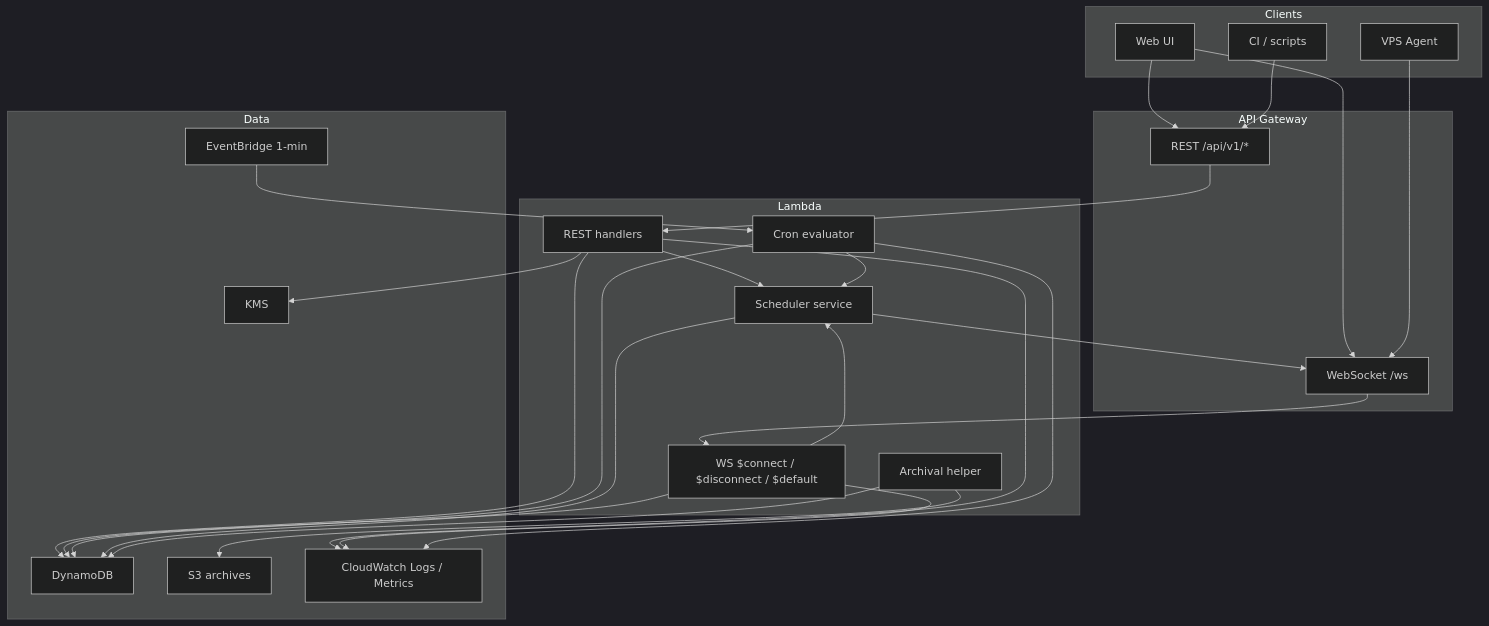
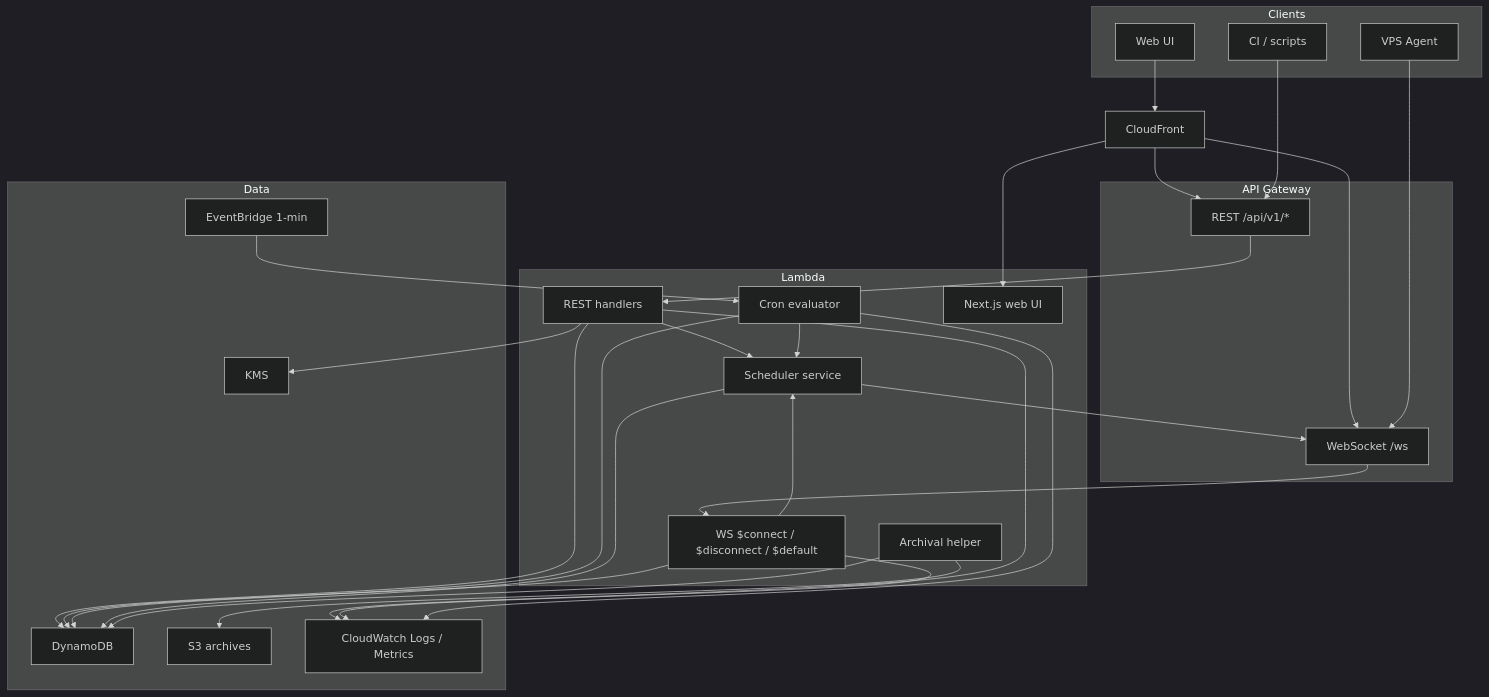
The diagram in docs/aws.md (jonathanong/auto-harness), drawn with Mermaid (dark theme) before and after one commit. The commit also changed other lines of this file and 20 other files, not shown here.

````diff
--- a/docs/aws.md
+++ b/docs/aws.md
@@ -33,46 +34,51 @@
 ```mermaid
 graph TB
     subgraph Clients
         WebUI["Web UI"]
         CI["CI / scripts"]
         Agent["VPS Agent"]
     end
 
     subgraph "API Gateway"
         REST["REST /api/v1/*"]
         WS["WebSocket /ws"]
     end
 
+    CF["CloudFront"]
+
     subgraph Lambda
         RESTH["REST handlers"]
         WSH["WS $connect / $disconnect / $default"]
         Cron["Cron evaluator"]
         Sched["Scheduler service"]
         Archive["Archival helper"]
+        WebH["Next.js web UI"]
     end
 
     subgraph Data
         DDB["DynamoDB"]
         S3["S3 archives"]
         KMS["KMS"]
         CW["CloudWatch Logs / Metrics"]
         EB["EventBridge 1-min"]
     end
 
-    WebUI --> REST
-    WebUI --> WS
+    WebUI --> CF
+    CF --> WebH
+    CF --> REST
+    CF --> WS
     CI --> REST
     Agent --> WS
     REST --> RESTH
     WS --> WSH
     RESTH --> Sched
     WSH --> Sched
     EB --> Cron
     Cron --> Sched
     RESTH & WSH & Cron & Sched --> DDB
     Sched --> WS
     Archive --> DDB
     Archive --> S3
     RESTH --> KMS
     RESTH & WSH & Cron --> CW
 ```
````
